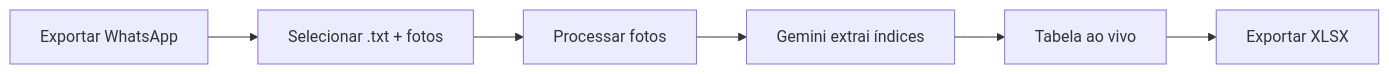
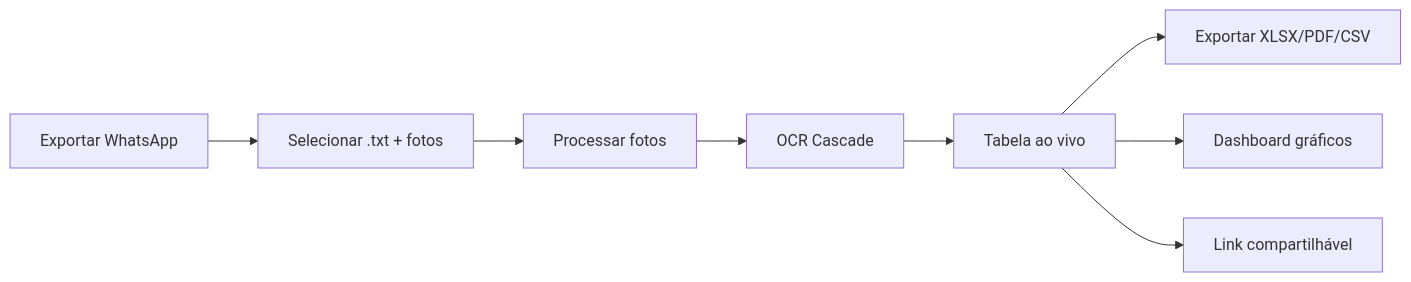
The diagram in Hydrojexe-Leitor-Web/Leitor de Hidrômetros.md (Henrique1601/Leitor-de-hidr-metros-web), drawn with Mermaid before and after one commit. The commit also changed other lines of this file and 5 other files, not shown here.

````diff
--- a/Hydrojexe-Leitor-Web/Leitor de Hidrômetros.md
+++ b/Hydrojexe-Leitor-Web/Leitor de Hidrômetros.md
@@ -22,8 +22,10 @@
 ```mermaid
 graph LR
     A[Exportar WhatsApp] --> B[Selecionar .txt + fotos]
     B --> C[Processar fotos]
-    C --> D[Gemini extrai índices]
+    C --> D[OCR Cascade]
     D --> E[Tabela ao vivo]
-    E --> F[Exportar XLSX]
+    E --> F[Exportar XLSX/PDF/CSV]
+    E --> G[Dashboard gráficos]
+    E --> H[Link compartilhável]
 ```
````
